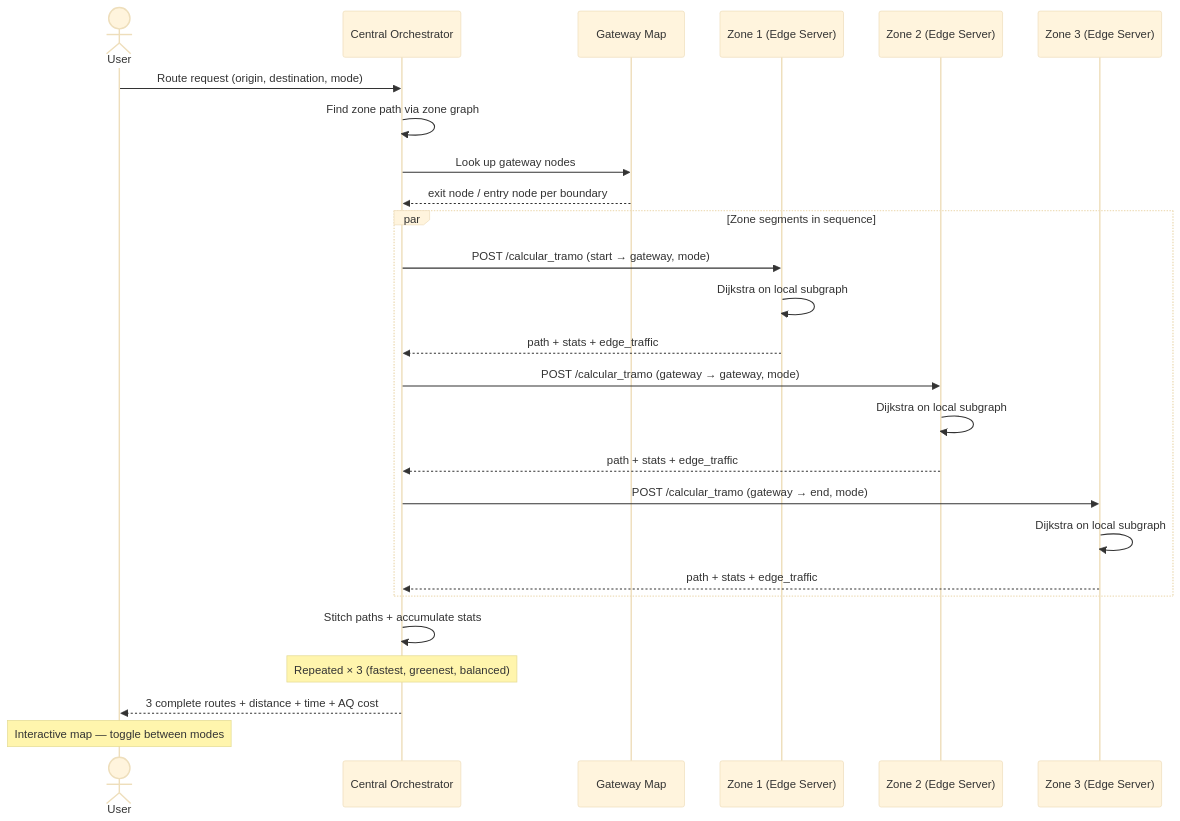
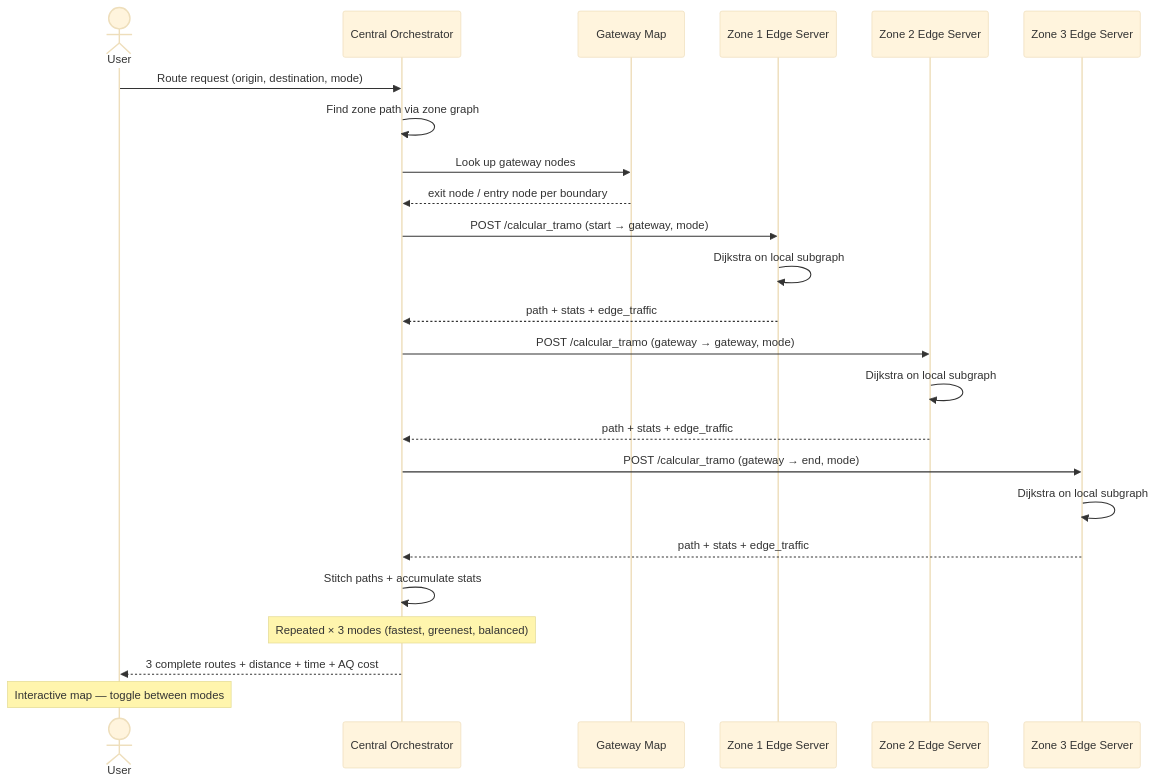
The second of 2 diagrams in README.md (EricDuerrUPF/EcoRoutePlanner), drawn with Mermaid (base theme) before and after one commit. The commit also changed other lines of this file and 33 other files, not shown here.

````diff
--- a/README.md
+++ b/README.md
@@ -126,36 +182,31 @@
 ```mermaid
 sequenceDiagram
     actor User
     participant C as Central Orchestrator
     participant G as Gateway Map
-    participant Z1 as Zone 1 (Edge Server)
-    participant Z2 as Zone 2 (Edge Server)
-    participant Z3 as Zone 3 (Edge Server)
+    participant Z1 as Zone 1 Edge Server
+    participant Z2 as Zone 2 Edge Server
+    participant Z3 as Zone 3 Edge Server
 
     User->>C: Route request (origin, destination, mode)
-
     C->>C: Find zone path via zone graph
     C->>G: Look up gateway nodes
     G-->>C: exit node / entry node per boundary
 
-    par Zone segments in sequence
-        C->>Z1: POST /calcular_tramo (start → gateway, mode)
-        Z1->>Z1: Dijkstra on local subgraph
-        Z1-->>C: path + stats + edge_traffic
+    C->>Z1: POST /calcular_tramo (start → gateway, mode)
+    Z1->>Z1: Dijkstra on local subgraph
+    Z1-->>C: path + stats + edge_traffic
 
-        C->>Z2: POST /calcular_tramo (gateway → gateway, mode)
-        Z2->>Z2: Dijkstra on local subgraph
-        Z2-->>C: path + stats + edge_traffic
+    C->>Z2: POST /calcular_tramo (gateway → gateway, mode)
+    Z2->>Z2: Dijkstra on local subgraph
+    Z2-->>C: path + stats + edge_traffic
 
-        C->>Z3: POST /calcular_tramo (gateway → end, mode)
-        Z3->>Z3: Dijkstra on local subgraph
-        Z3-->>C: path + stats + edge_traffic
-    end
+    C->>Z3: POST /calcular_tramo (gateway → end, mode)
+    Z3->>Z3: Dijkstra on local subgraph
+    Z3-->>C: path + stats + edge_traffic
 
     C->>C: Stitch paths + accumulate stats
-    Note over C: Repeated × 3 (fastest, greenest, balanced)
-
+    Note over C: Repeated × 3 modes (fastest, greenest, balanced)
     C-->>User: 3 complete routes + distance + time + AQ cost
-
     Note over User: Interactive map — toggle between modes
 ```
````
